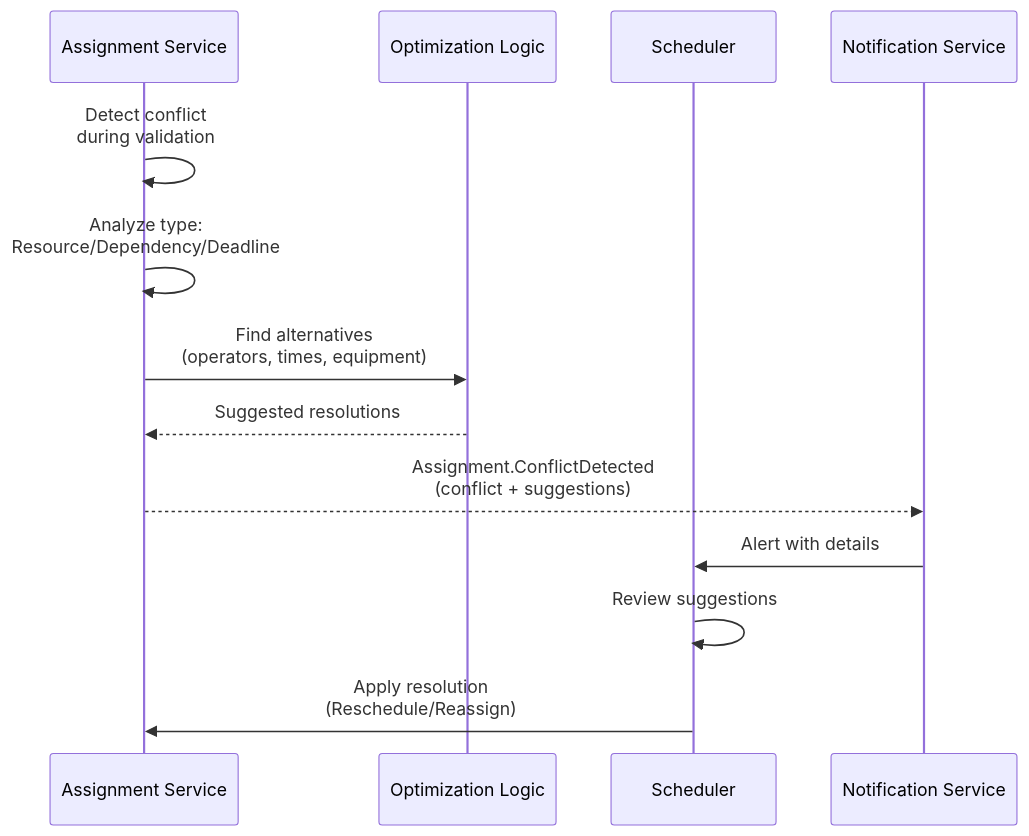
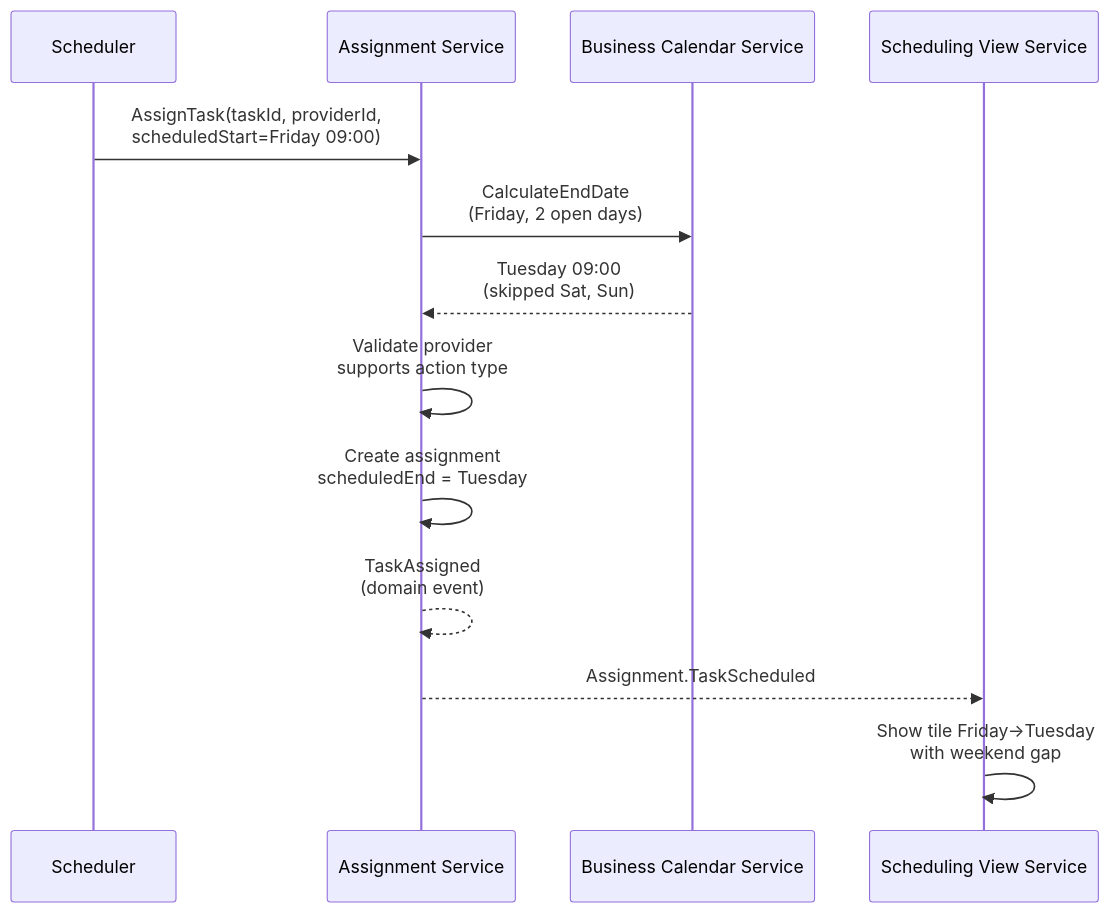
The seventh of 8 diagrams in docs/architecture/sequence-design.md (ikadar/ewlin), drawn with Mermaid before and after one commit. The commit also changed other lines of this file and 3 other files, not shown here.

````diff
--- a/docs/architecture/sequence-design.md
+++ b/docs/architecture/sequence-design.md
@@ -282,16 +386,16 @@
 ```mermaid
 sequenceDiagram
+    participant Scheduler
     participant Assignment as Assignment Service
-    participant Optimizer as Optimization Logic
-    participant Scheduler
-    participant Notification as Notification Service
+    participant Calendar as Business Calendar Service
+    participant View as Scheduling View Service
 
-    Assignment->>Assignment: Detect conflict<br>during validation
-    Assignment->>Assignment: Analyze type:<br>Resource/Dependency/Deadline
-    Assignment->>Optimizer: Find alternatives<br>(operators, times, equipment)
-    Optimizer-->>Assignment: Suggested resolutions
-    Assignment-->>Notification: Assignment.ConflictDetected<br>(conflict + suggestions)
-    Notification->>Scheduler: Alert with details
-    Scheduler->>Scheduler: Review suggestions
-    Scheduler->>Assignment: Apply resolution<br>(Reschedule/Reassign)
+    Scheduler->>Assignment: AssignTask(taskId, providerId,<br>scheduledStart=Friday 09:00)
+    Assignment->>Calendar: CalculateEndDate<br>(Friday, 2 open days)
+    Calendar-->>Assignment: Tuesday 09:00<br>(skipped Sat, Sun)
+    Assignment->>Assignment: Validate provider<br>supports action type
+    Assignment->>Assignment: Create assignment<br>scheduledEnd = Tuesday
+    Assignment-->>Assignment: TaskAssigned<br>(domain event)
+    Assignment-->>View: Assignment.TaskScheduled
+    View->>View: Show tile Friday→Tuesday<br>with weekend gap
 ```
````
